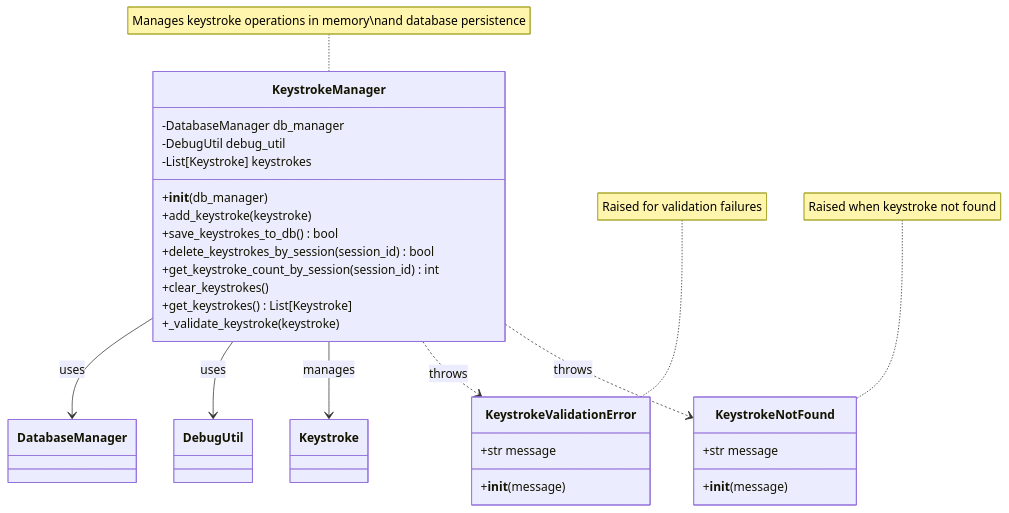
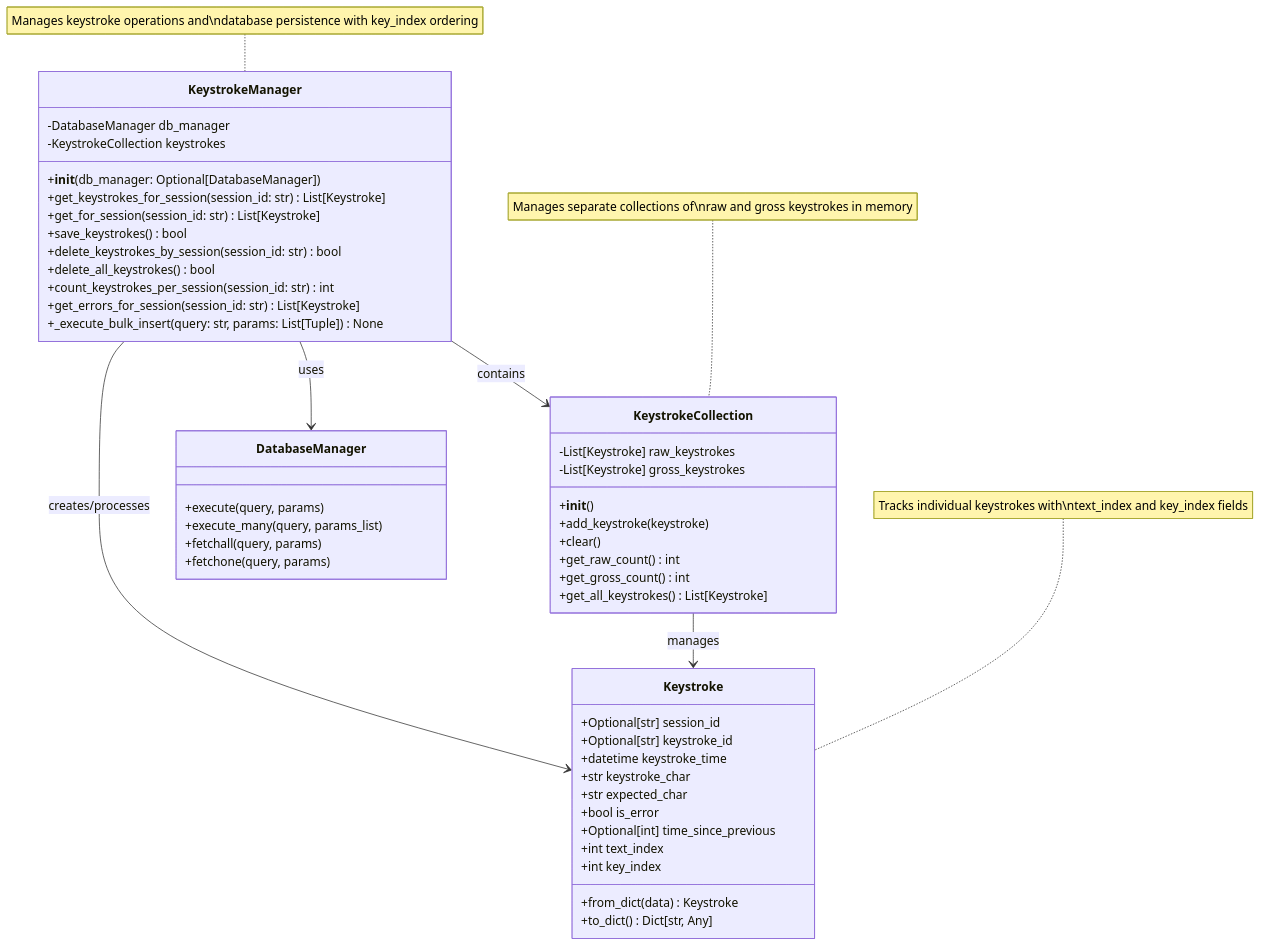
Before and after one commit to SeanAdams10/AITypingTrainer: the diagram in ClassDiagrams/keystroke_manager.md, drawn with Mermaid. The commit also changed 9 other files, not shown here.

Commit message:
Part way through cleaning up keystroke manager and keystroke collections

````diff
--- a/ClassDiagrams/keystroke_manager.md
+++ b/ClassDiagrams/keystroke_manager.md
@@ -3,36 +3,57 @@
 ```mermaid
 classDiagram
     class KeystrokeManager {
         -DatabaseManager db_manager
-        -DebugUtil debug_util
-        -List[Keystroke] keystrokes
-        +__init__(db_manager)
-        +add_keystroke(keystroke)
-        +save_keystrokes_to_db() bool
-        +delete_keystrokes_by_session(session_id) bool
-        +get_keystroke_count_by_session(session_id) int
-        +clear_keystrokes()
-        +get_keystrokes() List[Keystroke]
-        +_validate_keystroke(keystroke)
+        -KeystrokeCollection keystrokes
+        +__init__(db_manager: Optional[DatabaseManager])
+        +get_keystrokes_for_session(session_id: str) List[Keystroke]
+        +get_for_session(session_id: str) List[Keystroke]
+        +save_keystrokes() bool
+        +delete_keystrokes_by_session(session_id: str) bool
+        +delete_all_keystrokes() bool
+        +count_keystrokes_per_session(session_id: str) int
+        +get_errors_for_session(session_id: str) List[Keystroke]
+        +_execute_bulk_insert(query: str, params: List[Tuple]) None
     }
 
-    class KeystrokeValidationError {
-        +str message
-        +__init__(message)
+    class KeystrokeCollection {
+        -List[Keystroke] raw_keystrokes
+        -List[Keystroke] gross_keystrokes
+        +__init__()
+        +add_keystroke(keystroke)
+        +clear()
+        +get_raw_count() int
+        +get_gross_count() int
+        +get_all_keystrokes() List[Keystroke]
     }
 
-    class KeystrokeNotFound {
-        +str message
-        +__init__(message)
+    class Keystroke {
+        +Optional[str] session_id
+        +Optional[str] keystroke_id
+        +datetime keystroke_time
+        +str keystroke_char
+        +str expected_char
+        +bool is_error
+        +Optional[int] time_since_previous
+        +int text_index
+        +int key_index
+        +from_dict(data) Keystroke
+        +to_dict() Dict[str, Any]
+    }
+
+    class DatabaseManager {
+        +execute(query, params)
+        +execute_many(query, params_list)
+        +fetchall(query, params)
+        +fetchone(query, params)
     }
 
     KeystrokeManager --> DatabaseManager : uses
-    KeystrokeManager --> DebugUtil : uses
-    KeystrokeManager --> Keystroke : manages
-    KeystrokeManager ..> KeystrokeValidationError : throws
-    KeystrokeManager ..> KeystrokeNotFound : throws
+    KeystrokeManager --> KeystrokeCollection : contains
+    KeystrokeCollection --> Keystroke : manages
+    KeystrokeManager --> Keystroke : creates/processes
 
-    note for KeystrokeManager "Manages keystroke operations in memory\nand database persistence"
-    note for KeystrokeValidationError "Raised for validation failures"
-    note for KeystrokeNotFound "Raised when keystroke not found"
+    note for KeystrokeManager "Manages keystroke operations and\ndatabase persistence with key_index ordering"
+    note for KeystrokeCollection "Manages separate collections of\nraw and gross keystrokes in memory"
+    note for Keystroke "Tracks individual keystrokes with\ntext_index and key_index fields"
 ```
````
